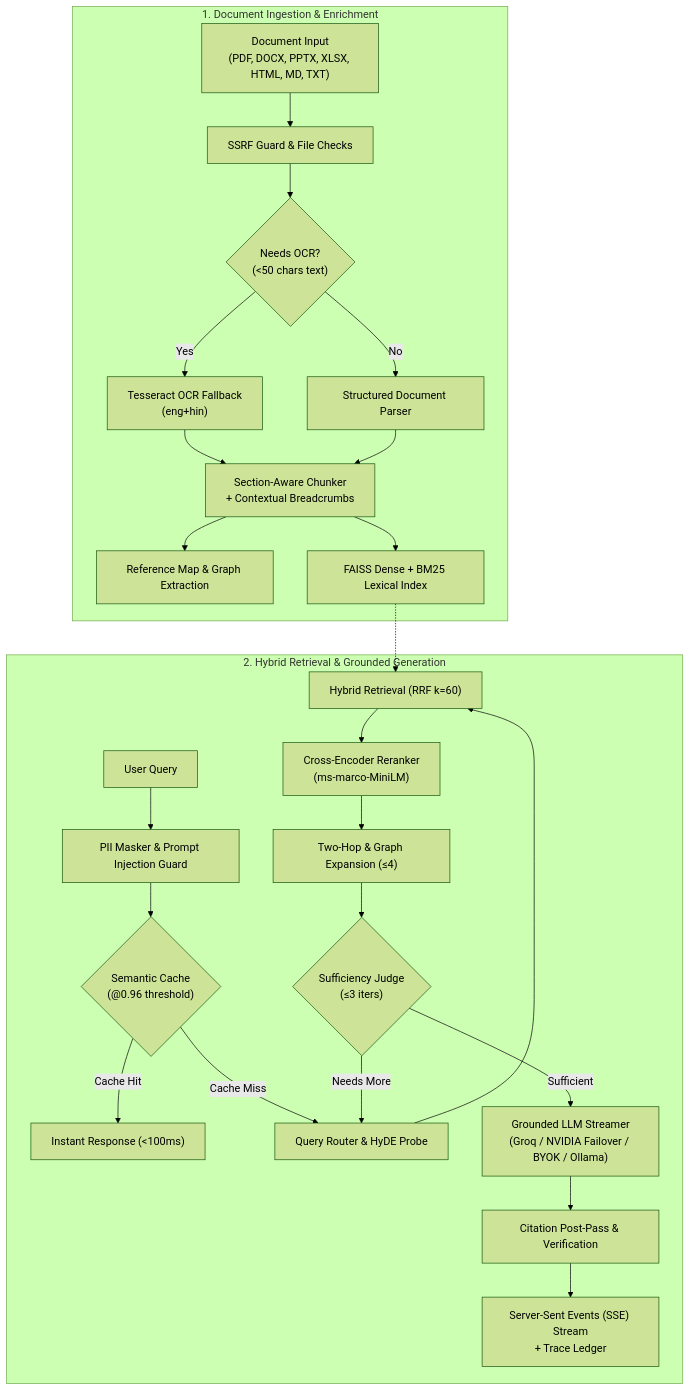
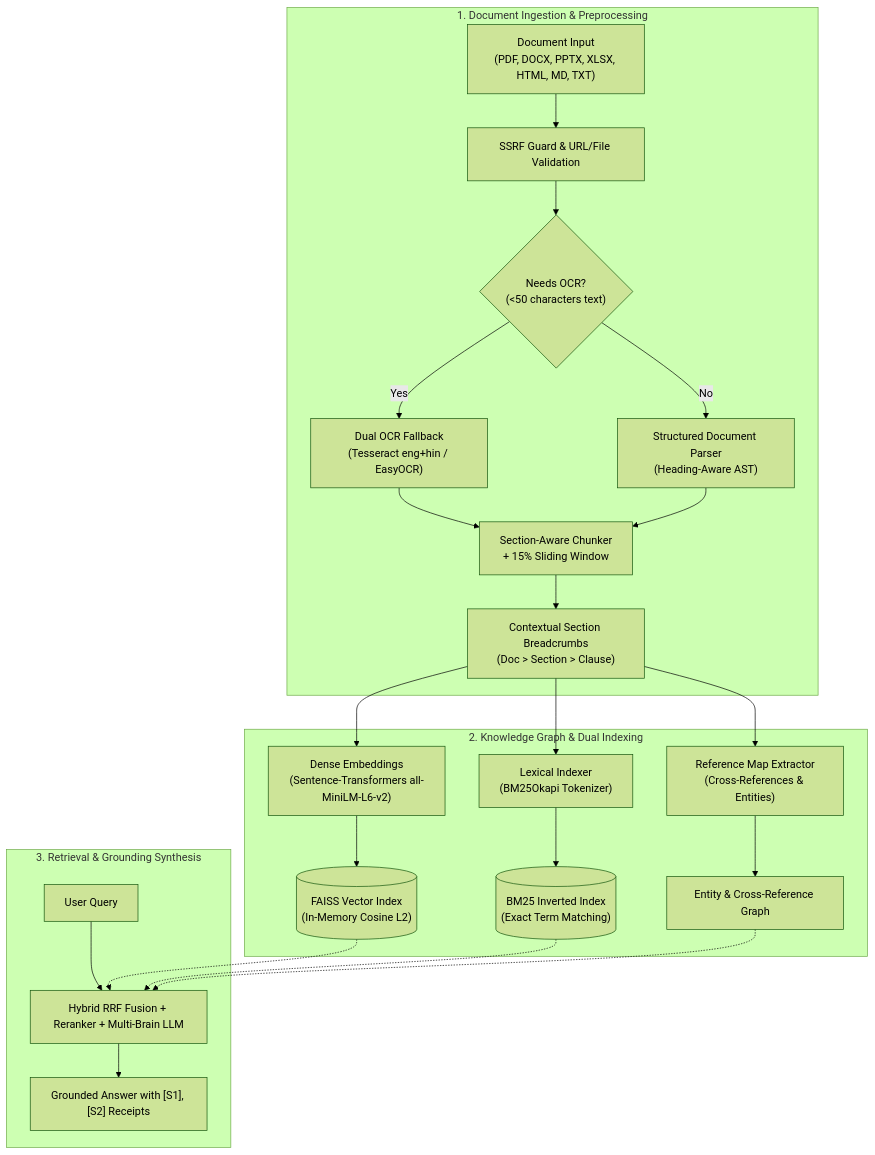
One commit to suvendu-2006/allcited changed the first of 2 diagrams in README.md. Above: the diagram before and after it, drawn with Mermaid (forest theme). The commit also changed other lines of this file and 24 other files, not shown here.

````diff
--- a/README.md
+++ b/README.md
@@ -140,29 +101,29 @@
 ```mermaid
 flowchart TD
-    subgraph Ingestion ["1. Document Ingestion & Enrichment"]
-        Doc["Document Input\n(PDF, DOCX, PPTX, XLSX, HTML, MD, TXT)"] --> Guard["SSRF Guard & File Checks"]
-        Guard --> OCR{"Needs OCR?\n(<50 chars text)"}
-        OCR -- Yes --> Tess["Tesseract OCR Fallback\n(eng+hin)"]
-        OCR -- No --> Parser["Structured Document Parser"]
-        Tess --> Chunker["Section-Aware Chunker\n+ Contextual Breadcrumbs"]
-        Parser --> Chunker
-        Chunker --> RefMap["Reference Map & Graph Extraction"]
-        Chunker --> Index["FAISS Dense + BM25 Lexical Index"]
+    subgraph Ingestion ["1. Document Ingestion & Preprocessing"]
+        Doc["Document Input<br/>(PDF, DOCX, PPTX, XLSX, HTML, MD, TXT)"] --> SSRF["SSRF Guard & URL/File Validation"]
+        SSRF --> CheckOCR{"Needs OCR?<br/>(&lt;50 characters text)"}
+        CheckOCR -- Yes --> OCR["Dual OCR Fallback<br/>(Tesseract eng+hin / EasyOCR)"]
+        CheckOCR -- No --> StructParse["Structured Document Parser<br/>(Heading-Aware AST)"]
+        OCR --> Chunker["Section-Aware Chunker<br/>+ 15% Sliding Window"]
+        StructParse --> Chunker
+        Chunker --> Breadcrumbs["Contextual Section Breadcrumbs<br/>(Doc &gt; Section &gt; Clause)"]
     end
 
-    subgraph Querying ["2. Hybrid Retrieval & Grounded Generation"]
-        UserQ["User Query"] --> PII["PII Masker & Prompt Injection Guard"]
-        PII --> Cache{"Semantic Cache\n(@0.96 threshold)"}
-        Cache -- Cache Hit --> CachedAns["Instant Response (<100ms)"]
-        Cache -- Cache Miss --> Router["Query Router & HyDE Probe"]
-        Router --> Retrieval["Hybrid Retrieval (RRF k=60)"]
-        Index -.-> Retrieval
-        Retrieval --> Rerank["Cross-Encoder Reranker\n(ms-marco-MiniLM)"]
-        Rerank --> Expand["Two-Hop & Graph Expansion (≤4)"]
-        Expand --> Agentic{"Sufficiency Judge\n(≤3 iters)"}
-        Agentic -- Needs More --> Router
-        Agentic -- Sufficient --> LLM["Grounded LLM Streamer\n(Groq / NVIDIA Failover / BYOK / Ollama)"]
-        LLM --> PostPass["Citation Post-Pass & Verification"]
-        PostPass --> SSE["Server-Sent Events (SSE) Stream\n+ Trace Ledger"]
+    subgraph Indexing ["2. Knowledge Graph & Dual Indexing"]
+        Breadcrumbs --> RefMap["Reference Map Extractor<br/>(Cross-References &amp; Entities)"]
+        RefMap --> Graph["Entity &amp; Cross-Reference Graph"]
+        Breadcrumbs --> Dense["Dense Embeddings<br/>(Sentence-Transformers all-MiniLM-L6-v2)"]
+        Breadcrumbs --> Sparse["Lexical Indexer<br/>(BM25Okapi Tokenizer)"]
+        Dense --> FAISS[("FAISS Vector Index<br/>(In-Memory Cosine L2)")]
+        Sparse --> BM25[("BM25 Inverted Index<br/>(Exact Term Matching)")]
+    end
+
+    subgraph QueryPipeline ["3. Retrieval & Grounding Synthesis"]
+        UserQ["User Query"] --> QueryEngine["Hybrid RRF Fusion + Reranker + Multi-Brain LLM"]
+        FAISS -.-> QueryEngine
+        BM25 -.-> QueryEngine
+        Graph -.-> QueryEngine
+        QueryEngine --> VerifiedOut["Grounded Answer with [S1], [S2] Receipts"]
     end
 ```
````
